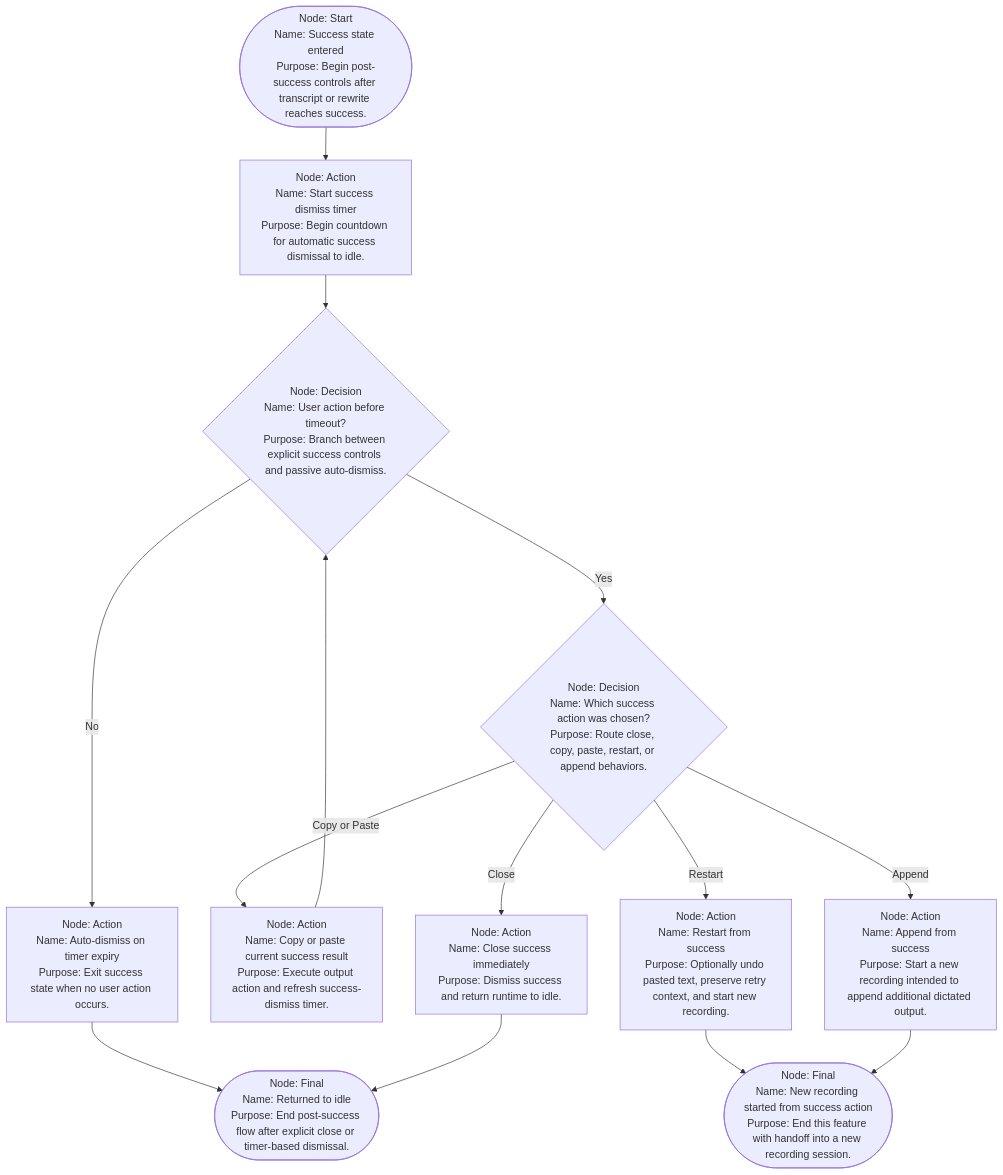
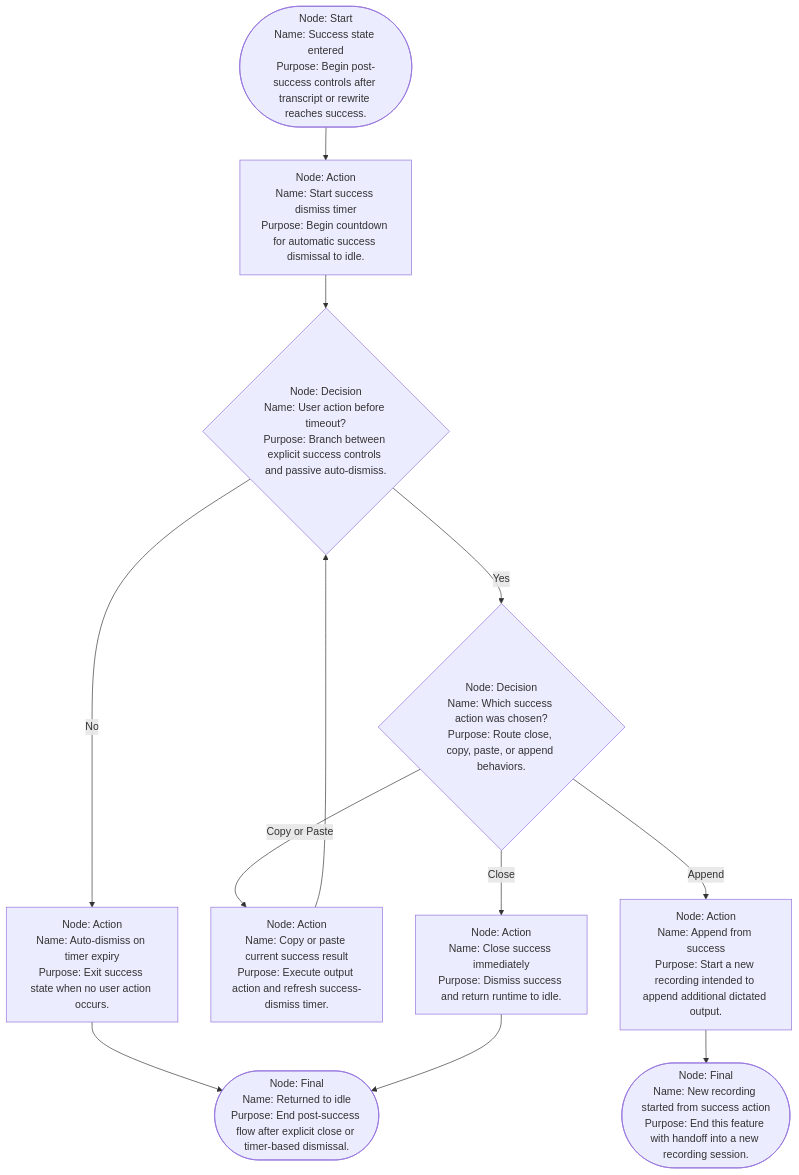
The diagram in feature-workflows/11-success-state-post-actions.md (SubjectCarterSoftware/mouth-keyboard), drawn with Mermaid before and after one commit. The commit also changed 10 other files, not shown here.

Commit message:
Update recording flow and clean up ship docs

````diff
--- a/feature-workflows/11-success-state-post-actions.md
+++ b/feature-workflows/11-success-state-post-actions.md
@@ -3,22 +3,20 @@
 ```mermaid
 flowchart TD
   S1(["Node: Start<br/>Name: Success state entered<br/>Purpose: Begin post-success controls after transcript or rewrite reaches success." ])
   A1["Node: Action<br/>Name: Start success dismiss timer<br/>Purpose: Begin countdown for automatic success dismissal to idle." ]
   D1{"Node: Decision<br/>Name: User action before timeout?<br/>Purpose: Branch between explicit success controls and passive auto-dismiss."}
-  D2{"Node: Decision<br/>Name: Which success action was chosen?<br/>Purpose: Route close, copy, paste, restart, or append behaviors."}
+  D2{"Node: Decision<br/>Name: Which success action was chosen?<br/>Purpose: Route close, copy, paste, or append behaviors."}
   A2["Node: Action<br/>Name: Close success immediately<br/>Purpose: Dismiss success and return runtime to idle." ]
   A3["Node: Action<br/>Name: Copy or paste current success result<br/>Purpose: Execute output action and refresh success-dismiss timer." ]
-  A4["Node: Action<br/>Name: Restart from success<br/>Purpose: Optionally undo pasted text, preserve retry context, and start new recording." ]
-  A5["Node: Action<br/>Name: Append from success<br/>Purpose: Start a new recording intended to append additional dictated output." ]
+  A4["Node: Action<br/>Name: Append from success<br/>Purpose: Start a new recording intended to append additional dictated output." ]
   A6["Node: Action<br/>Name: Auto-dismiss on timer expiry<br/>Purpose: Exit success state when no user action occurs." ]
   F1(["Node: Final<br/>Name: Returned to idle<br/>Purpose: End post-success flow after explicit close or timer-based dismissal." ])
   F2(["Node: Final<br/>Name: New recording started from success action<br/>Purpose: End this feature with handoff into a new recording session." ])
 
   S1 --> A1 --> D1
   D1 -->|No| A6 --> F1
   D1 -->|Yes| D2
   D2 -->|Close| A2 --> F1
   D2 -->|Copy or Paste| A3 --> D1
-  D2 -->|Restart| A4 --> F2
-  D2 -->|Append| A5 --> F2
+  D2 -->|Append| A4 --> F2
 ```
````
